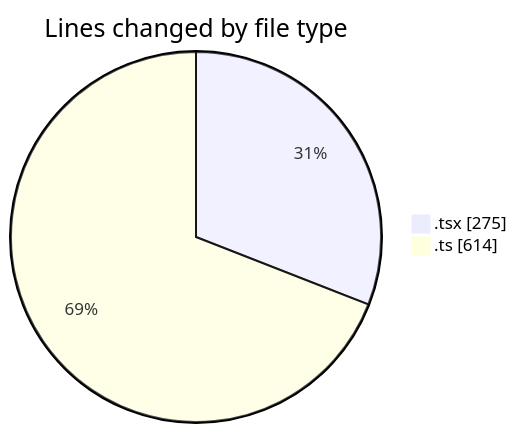
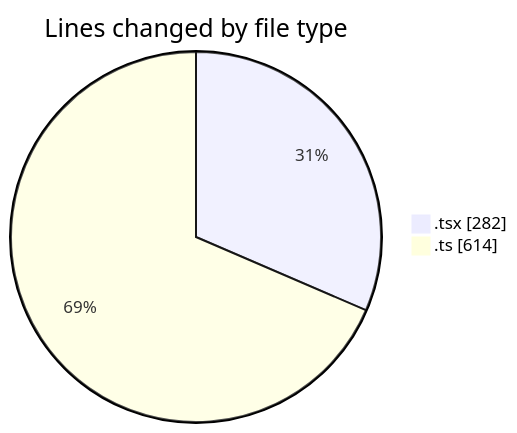
One commit to nxtqubesakshisongat/code-tracking changed the first of 2 diagrams in 2026-05-18/nxtqube_webapp/README.md. Above: the diagram before and after it, drawn with Mermaid. The commit also changed other lines of this file and 1 other file, not shown here.

````diff
--- a/2026-05-18/nxtqube_webapp/README.md
+++ b/2026-05-18/nxtqube_webapp/README.md
@@ -24,6 +24,6 @@
 ```mermaid
 pie showData
 title Lines changed by file type
-".tsx" : 275
+".tsx" : 282
 ".ts" : 614
 ```
````
